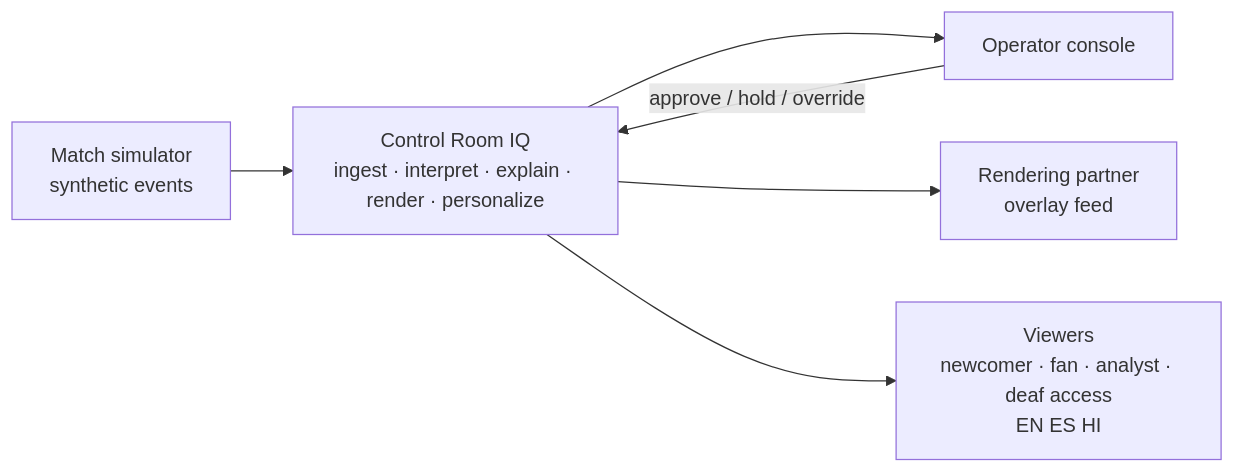
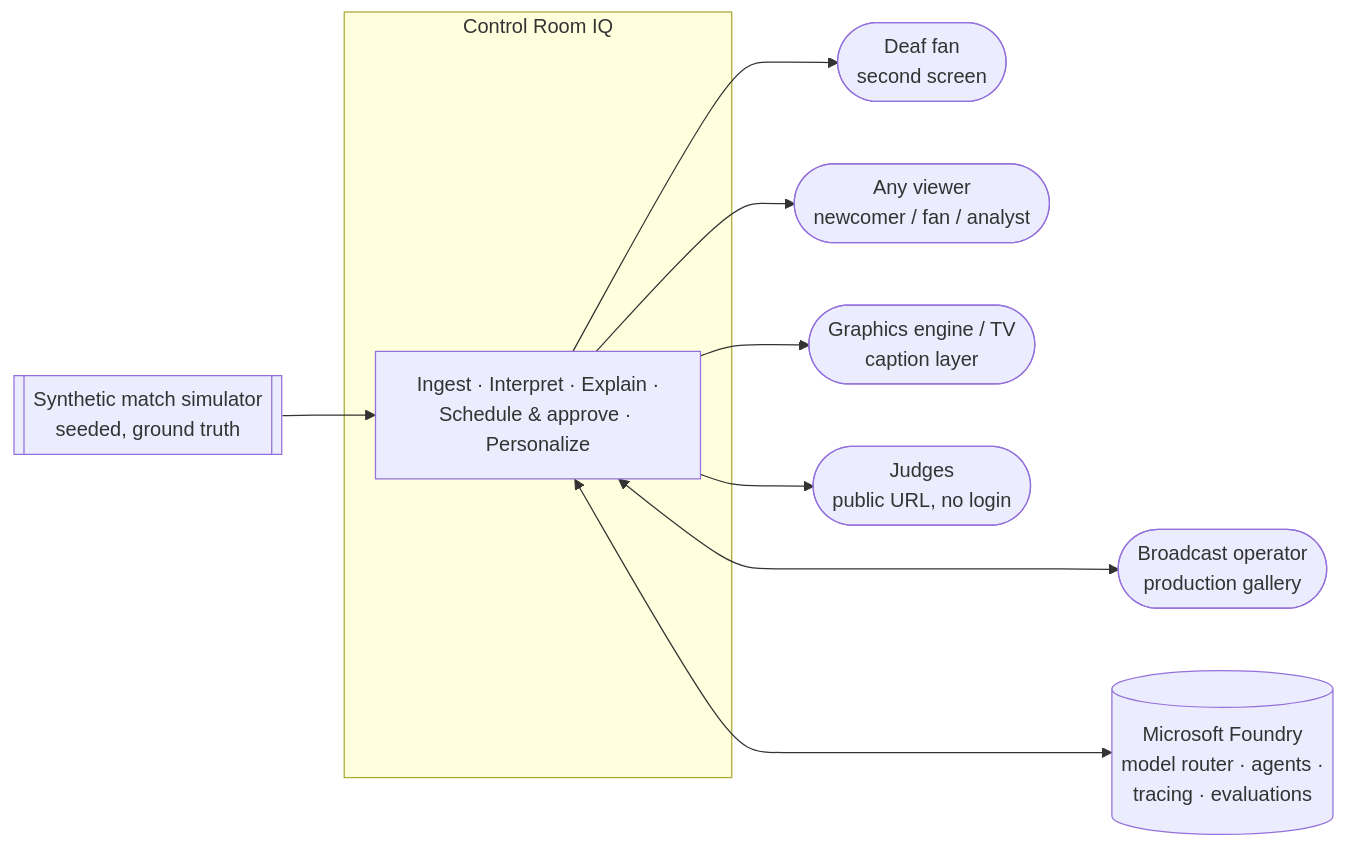
Before and after one commit to SwamiBB/control-room-iq: the first of 8 diagrams in docs/ARCHITECTURE.md, drawn with Mermaid. The commit also changed other lines of this file and 5 other files, not shown here.

````diff
--- a/docs/ARCHITECTURE.md
+++ b/docs/ARCHITECTURE.md
@@ -8,8 +53,20 @@
 ```mermaid
 flowchart LR
-    SIM[Match simulator<br/>synthetic events] --> SYS[Control Room IQ<br/>ingest · interpret · explain · render · personalize]
-    SYS --> OP[Operator console]
-    SYS --> RP[Rendering partner<br/>overlay feed]
-    SYS --> VW[Viewers<br/>newcomer · fan · analyst · deaf access<br/>EN ES HI]
-    OP -- approve / hold / override --> SYS
+  OP([Broadcast operator<br/>production gallery])
+  DF([Deaf fan<br/>second screen])
+  VW([Any viewer<br/>newcomer / fan / analyst])
+  GE([Graphics engine / TV<br/>caption layer])
+  JD([Judges<br/>public URL, no login])
+
+  subgraph CRQ[Control Room IQ]
+    SYS[Ingest · Interpret · Explain ·<br/>Schedule & approve · Personalize]
+  end
+
+  SIM[[Synthetic match simulator<br/>seeded, ground truth]] --> SYS
+  SYS <---> OP
+  SYS --> DF
+  SYS --> VW
+  SYS --> GE
+  SYS --> JD
+  SYS <---> FDY[(Microsoft Foundry<br/>model router · agents ·<br/>tracing · evaluations)]
 ```
````
